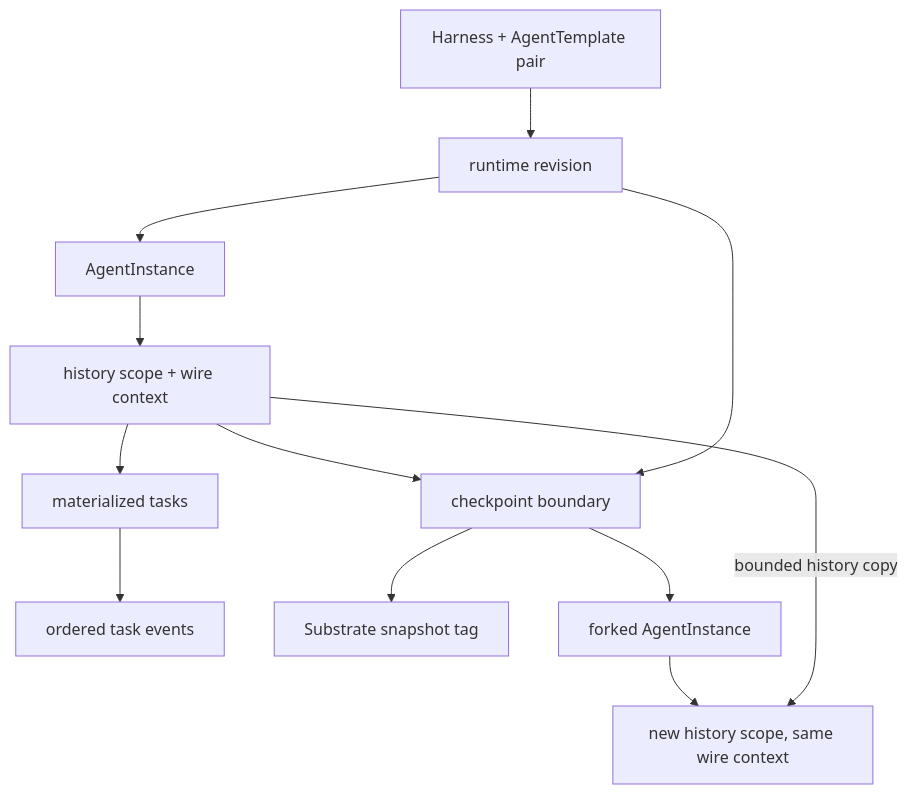
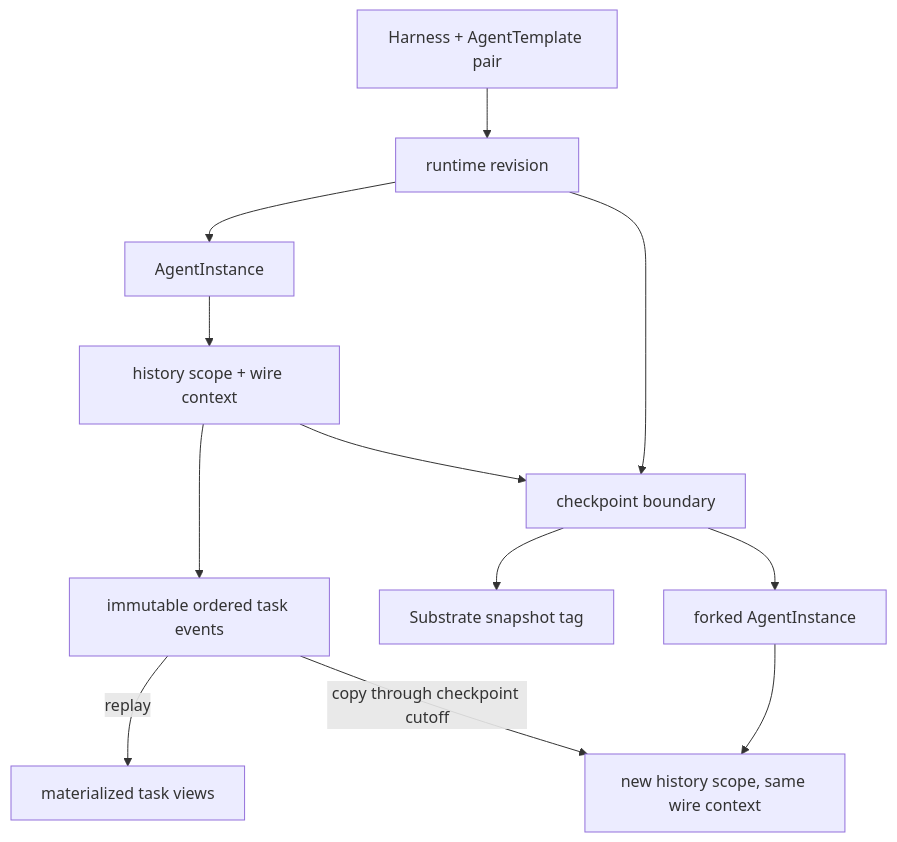
Before and after one commit to kagent-dev/kagent: the diagram in docs/architecture/persistence-checkpoints-and-forks.md, drawn with Mermaid. The commit also changed other lines of this file and 11 other files, not shown here.

Commit message:
refactor: rebuild forked tasks from checkpoint events

````diff
--- a/docs/architecture/persistence-checkpoints-and-forks.md
+++ b/docs/architecture/persistence-checkpoints-and-forks.md
@@ -30,14 +29,14 @@
 ```mermaid
 flowchart TD
     PAIR[Harness + AgentTemplate pair] --> REV[runtime revision]
     REV --> INSTANCE[AgentInstance]
     INSTANCE --> CONTEXT[history scope + wire context]
-    CONTEXT --> TASK[materialized tasks]
-    TASK --> EVENT[ordered task events]
+    CONTEXT --> EVENT[immutable ordered task events]
+    EVENT -->|replay| TASK[materialized task views]
     CONTEXT --> CHECKPOINT[checkpoint boundary]
     REV --> CHECKPOINT
     CHECKPOINT --> TAG[Substrate snapshot tag]
     CHECKPOINT --> FORK[forked AgentInstance]
     FORK --> NEWCTX[new history scope, same wire context]
-    CONTEXT -->|bounded history copy| NEWCTX
+    EVENT -->|copy through checkpoint cutoff| NEWCTX
 ```
````
